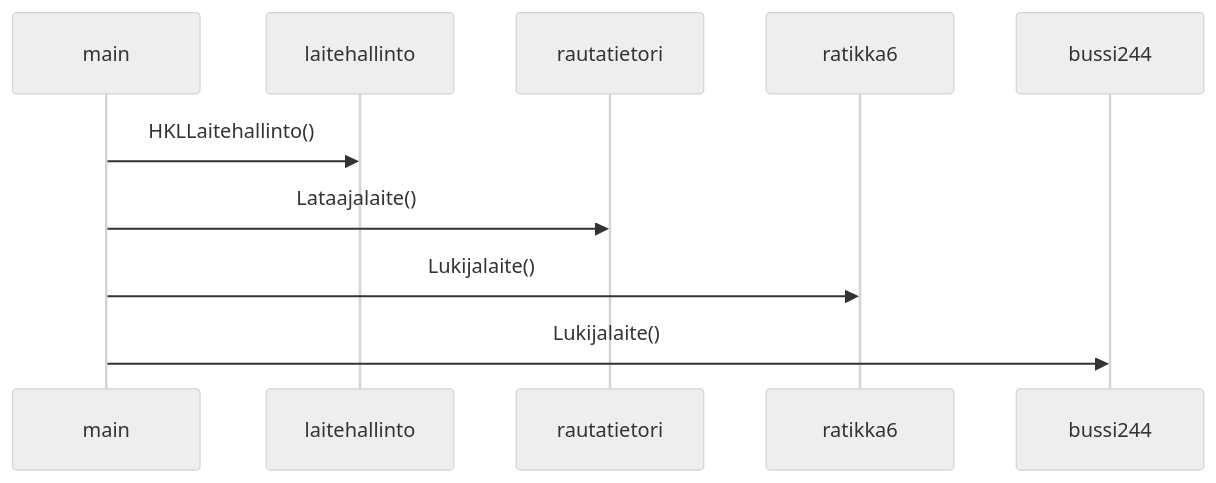
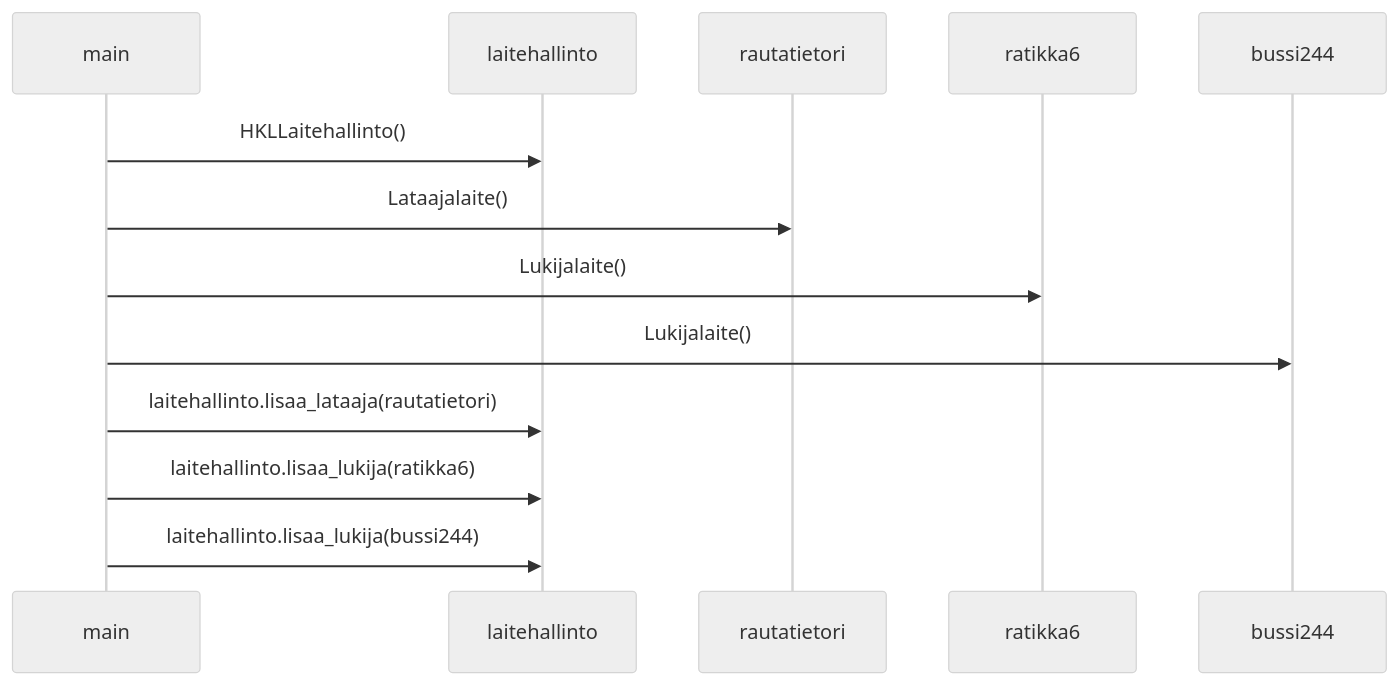
One commit to kodtld/TravelHub changed the diagram in laskarit/viikko3/teht_4_sekvenssikaavio.md. Above: the diagram before and after it, drawn with Mermaid (neutral theme).

````diff
--- a/laskarit/viikko3/teht_4_sekvenssikaavio.md
+++ b/laskarit/viikko3/teht_4_sekvenssikaavio.md
@@ -1,8 +1,11 @@
 ```mermaid
  sequenceDiagram
      main->>laitehallinto: HKLLaitehallinto()
      main->>rautatietori : Lataajalaite()
      main->>ratikka6 : Lukijalaite()
      main->>bussi244 : Lukijalaite()
+     main->>laitehallinto: laitehallinto.lisaa_lataaja(rautatietori)
+     main->>laitehallinto: laitehallinto.lisaa_lukija(ratikka6)
+     main->>laitehallinto: laitehallinto.lisaa_lukija(bussi244)
 
 ```
````
